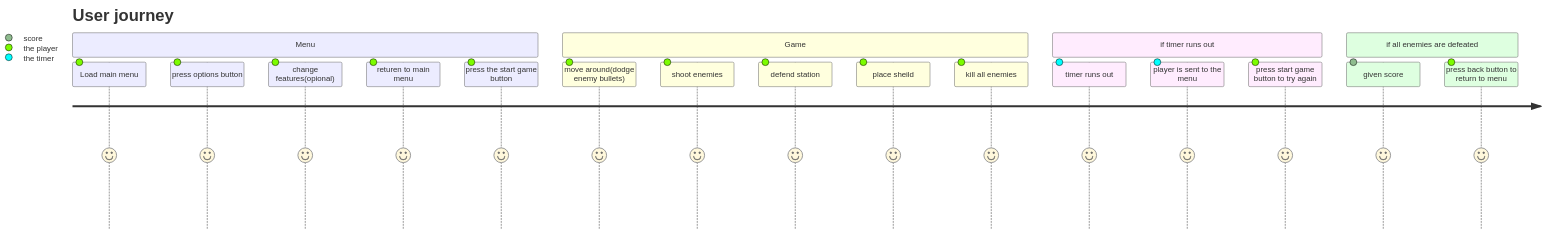
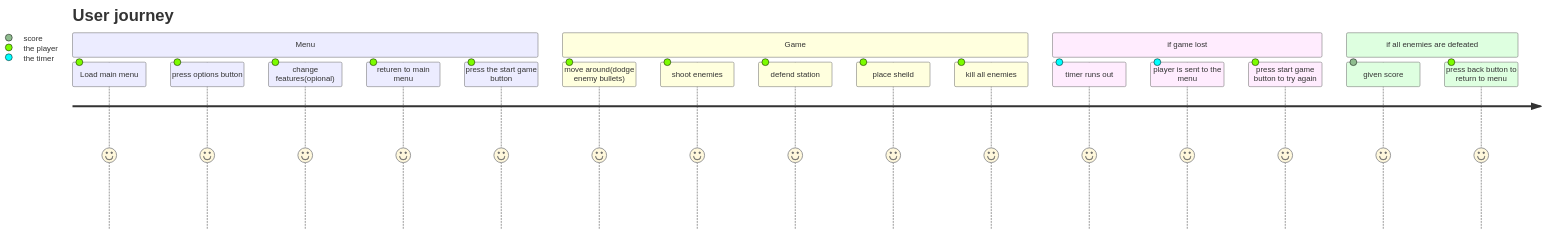
One commit to Carterpearce/SDF-Space-Invaders changed the first of 2 diagrams in Design.md. Above: the diagram before and after it, drawn with Mermaid.

Commit message:
user journey updated
design.md finished

````diff
--- a/Design.md
+++ b/Design.md
@@ -31,25 +31,25 @@
 ```mermaid
 journey
     title User journey
         section Menu
             Load main menu: 5: the player
             press options button: 5: the player
             change features(opional): 5: the player
             returen to main menu:5: the player
             press the start game button:5: the player
         section Game
             move around(dodge enemy bullets): 5: the player
             shoot enemies: 5: the player
             defend station: 5: the player
             place sheild: 5: the player
             kill all enemies: 5: the player
-        section if timer runs out
+        section if game lost
             timer runs out: 5: the timer
             player is sent to the menu: 5: the timer
             press start game button to try again: 5: the player
         section if all enemies are defeated
             given score: 5: score
             press back button to return to menu: 5: the player
 
 
 ```
````
